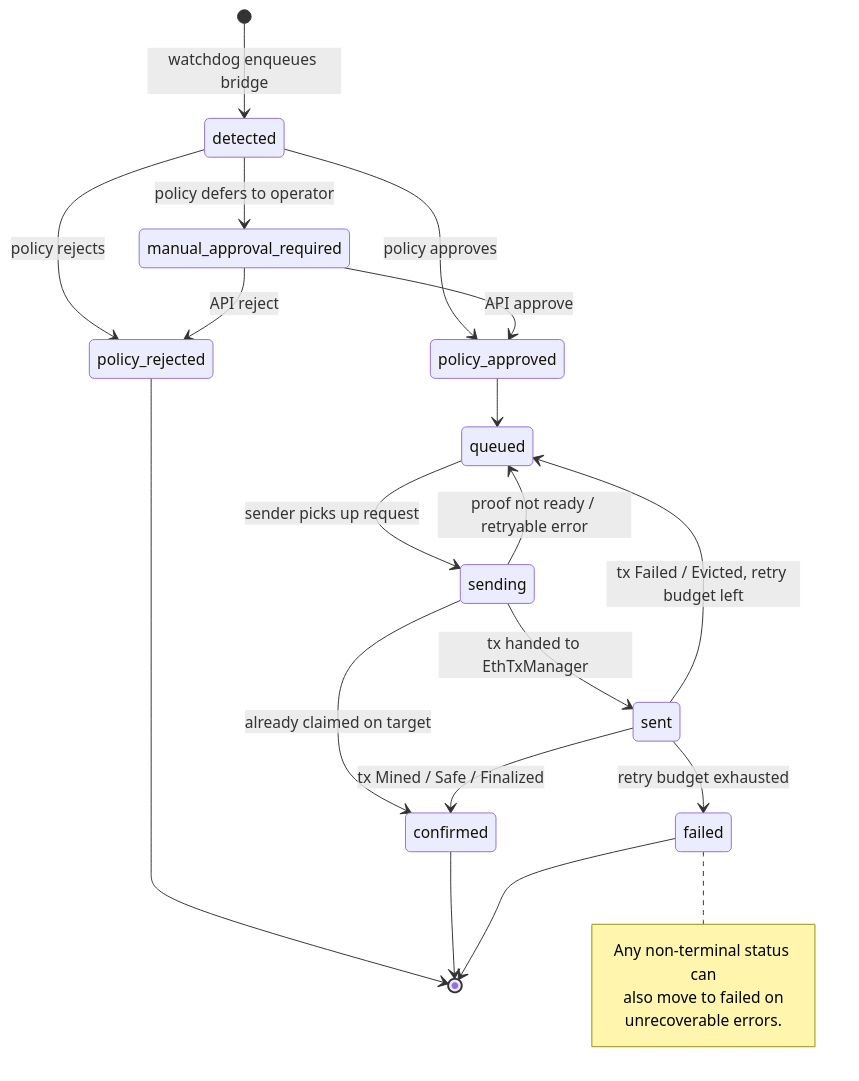
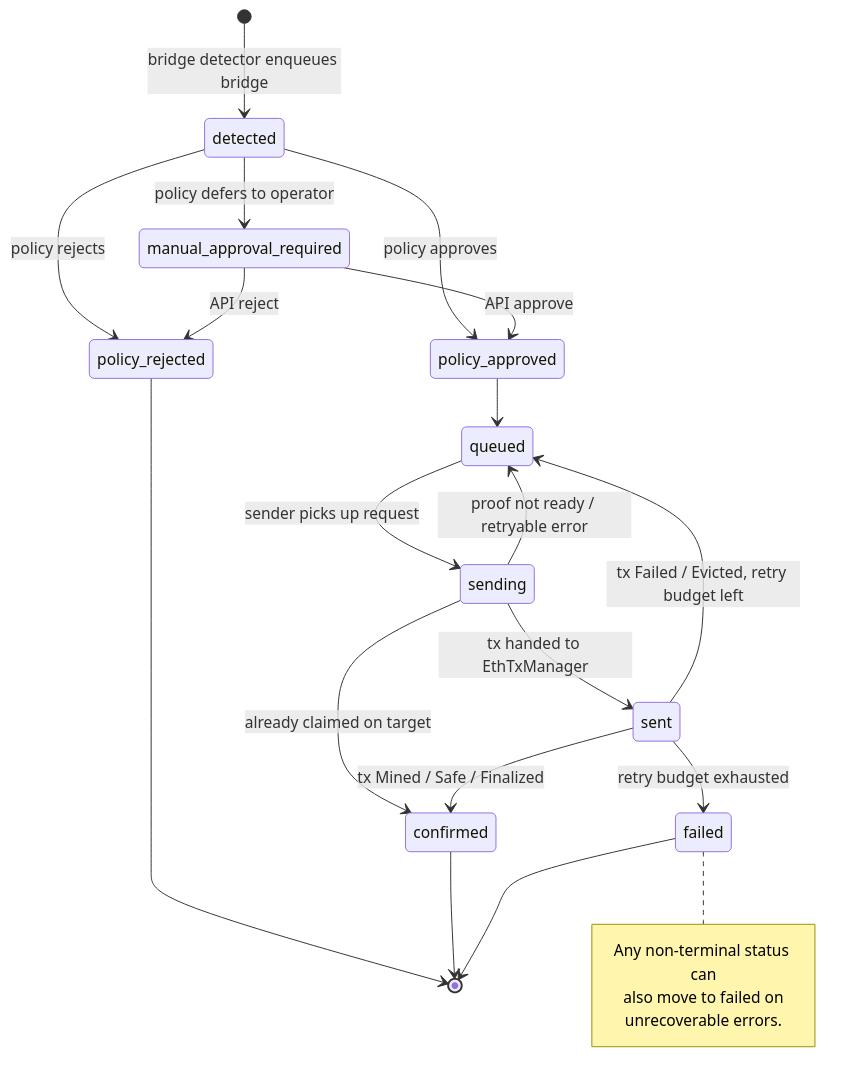
Before and after one commit to agglayer/aggkit: the third of 3 diagrams in docs/autoclaim.md, drawn with Mermaid. The commit also changed other lines of this file and 26 other files, not shown here.

````diff
--- a/docs/autoclaim.md
+++ b/docs/autoclaim.md
@@ -154,30 +154,30 @@
 ```mermaid
 stateDiagram-v2
-    [*] --> detected: watchdog enqueues bridge
+    [*] --> detected: bridge detector enqueues bridge
 
     detected --> policy_approved: policy approves
     detected --> policy_rejected: policy rejects
     detected --> manual_approval_required: policy defers to operator
 
     manual_approval_required --> policy_approved: API approve
     manual_approval_required --> policy_rejected: API reject
 
     policy_approved --> queued
     queued --> sending: sender picks up request
     sending --> queued: proof not ready / retryable error
     sending --> sent: tx handed to EthTxManager
     sending --> confirmed: already claimed on target
     sent --> confirmed: tx Mined / Safe / Finalized
     sent --> queued: tx Failed / Evicted, retry budget left
     sent --> failed: retry budget exhausted
 
     policy_rejected --> [*]
     confirmed --> [*]
     failed --> [*]
 
     note right of failed
         Any non-terminal status can
         also move to failed on
         unrecoverable errors.
     end note
 ```
````
